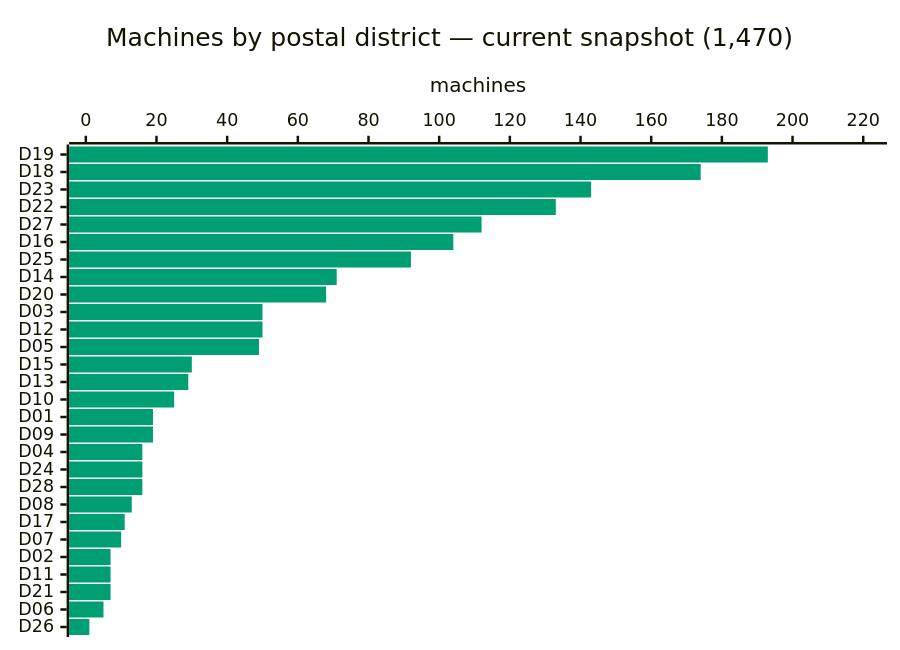
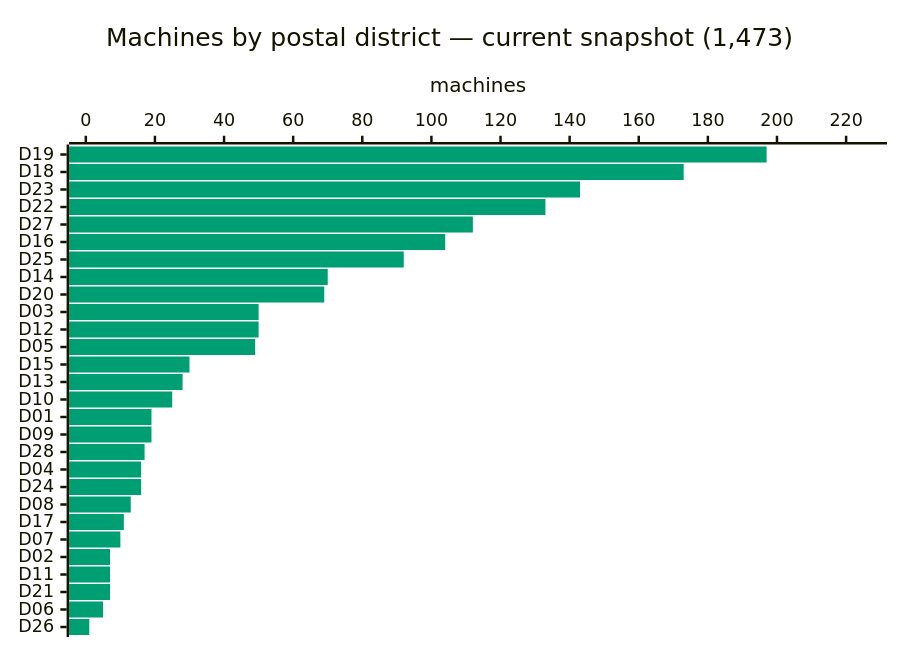
Before and after one commit to cheeaun/returnright-data: the third of 5 diagrams in ANALYSIS.md, drawn with Mermaid. The commit also changed other lines of this file and 4 other files, not shown here.

````diff
--- a/ANALYSIS.md
+++ b/ANALYSIS.md
@@ -90,16 +90,16 @@
 ```mermaid
 ---
 config:
   themeVariables:
     xyChart:
       plotColorPalette: "#009E73"
   xyChart:
     chartOrientation: "horizontal"
     plotReservedSpacePercent: 40
 ---
 xychart-beta
-    title "Machines by postal district — current snapshot (1,470)"
-    x-axis ["D19", "D18", "D23", "D22", "D27", "D16", "D25", "D14", "D20", "D03", "D12", "D05", "D15", "D13", "D10", "D01", "D09", "D04", "D24", "D28", "D08", "D17", "D07", "D02", "D11", "D21", "D06", "D26"]
-    y-axis "machines" 0 --> 222
-    bar [193, 174, 143, 133, 112, 104, 92, 71, 68, 50, 50, 49, 30, 29, 25, 19, 19, 16, 16, 16, 13, 11, 10, 7, 7, 7, 5, 1]
+    title "Machines by postal district — current snapshot (1,473)"
+    x-axis ["D19", "D18", "D23", "D22", "D27", "D16", "D25", "D14", "D20", "D03", "D12", "D05", "D15", "D13", "D10", "D01", "D09", "D28", "D04", "D24", "D08", "D17", "D07", "D02", "D11", "D21", "D06", "D26"]
+    y-axis "machines" 0 --> 227
+    bar [197, 173, 143, 133, 112, 104, 92, 70, 69, 50, 50, 49, 30, 28, 25, 19, 19, 17, 16, 16, 13, 11, 10, 7, 7, 7, 5, 1]
 ```
````
